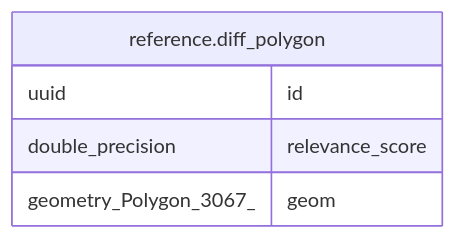
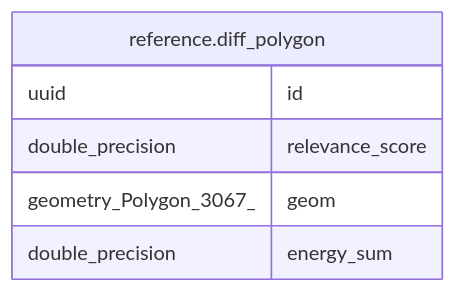
Before and after one commit to nlsfi/pinta: the diagram in components/db/docs/job_db/reference.diff_polygon.md, drawn with Mermaid. The commit also changed other lines of this file and 1 other file, not shown here.

Commit message:
chore(db): regenerate tbls documentation

````diff
--- a/components/db/docs/job_db/reference.diff_polygon.md
+++ b/components/db/docs/job_db/reference.diff_polygon.md
@@ -26,10 +27,11 @@
 ```mermaid
 erDiagram
 
 
 "reference.diff_polygon" {
   uuid id
   double_precision relevance_score
   geometry_Polygon_3067_ geom
+  double_precision energy_sum
 }
 ```
````
